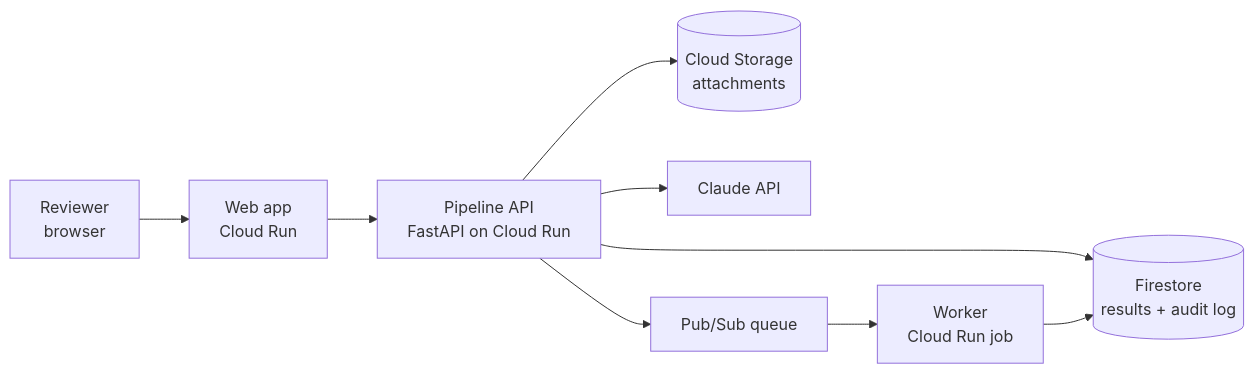
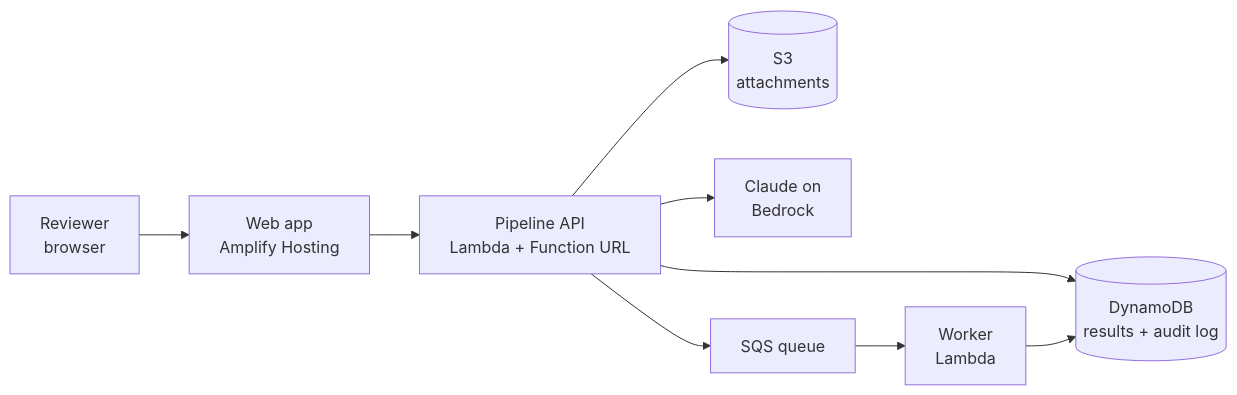
One commit to VRP2206/Averis_hackathon_2026 changed the second of 2 diagrams in PLAN.md. Above: the diagram before and after it, drawn with Mermaid. The commit also changed other lines of this file, not shown here.

Commit message:
Switch plan to budget AWS setup (Free Plan credits, Bedrock)

````diff
--- a/PLAN.md
+++ b/PLAN.md
@@ -86,11 +86,11 @@
 ```mermaid
 flowchart LR
-  U[Reviewer<br/>browser] --> W[Web app<br/>Cloud Run]
-  W --> API[Pipeline API<br/>FastAPI on Cloud Run]
-  API --> S[(Cloud Storage<br/>attachments)]
-  API --> DB[(Firestore<br/>results + audit log)]
-  API --> L[Claude API]
-  API --> Q[Pub/Sub queue]
-  Q --> WK[Worker<br/>Cloud Run job]
+  U[Reviewer<br/>browser] --> W[Web app<br/>Amplify Hosting]
+  W --> API[Pipeline API<br/>Lambda + Function URL]
+  API --> S[(S3<br/>attachments)]
+  API --> DB[(DynamoDB<br/>results + audit log)]
+  API --> L[Claude on<br/>Bedrock]
+  API --> Q[SQS queue]
+  Q --> WK[Worker<br/>Lambda]
   WK --> DB
 ```
````
